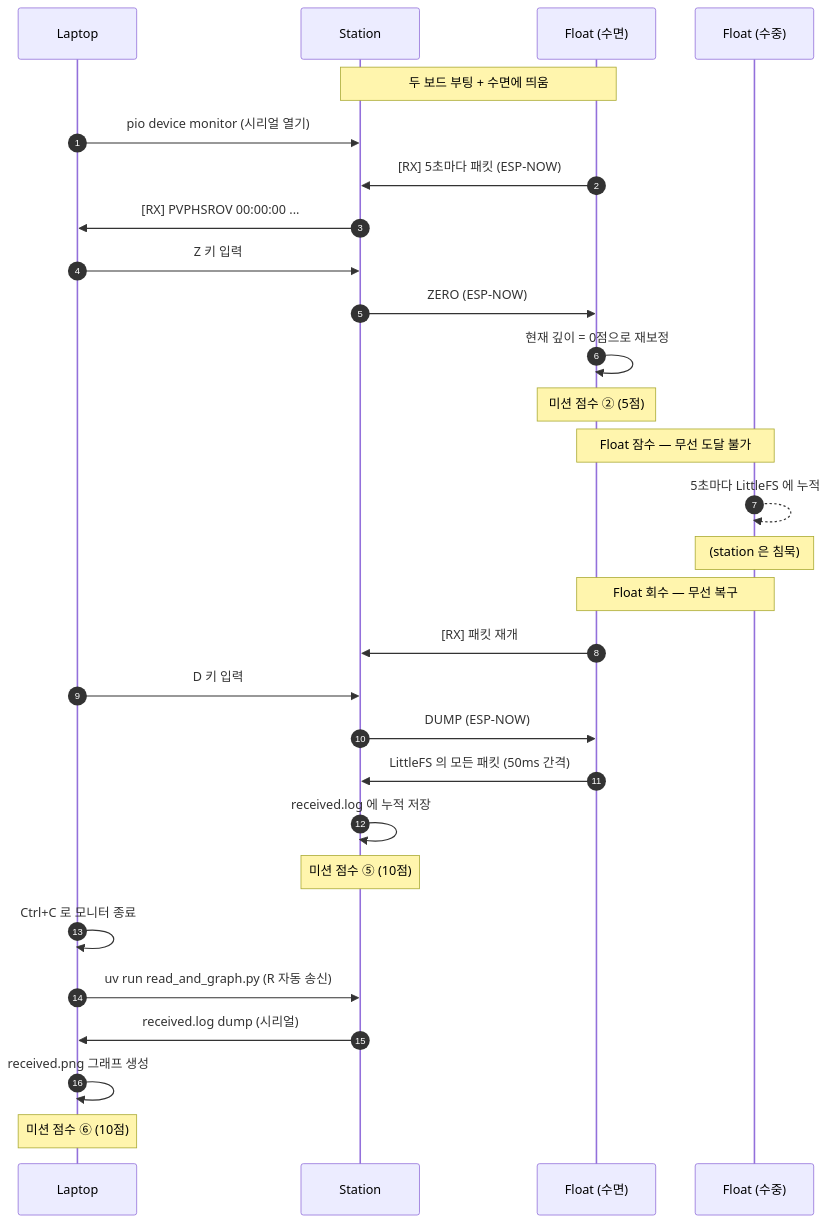
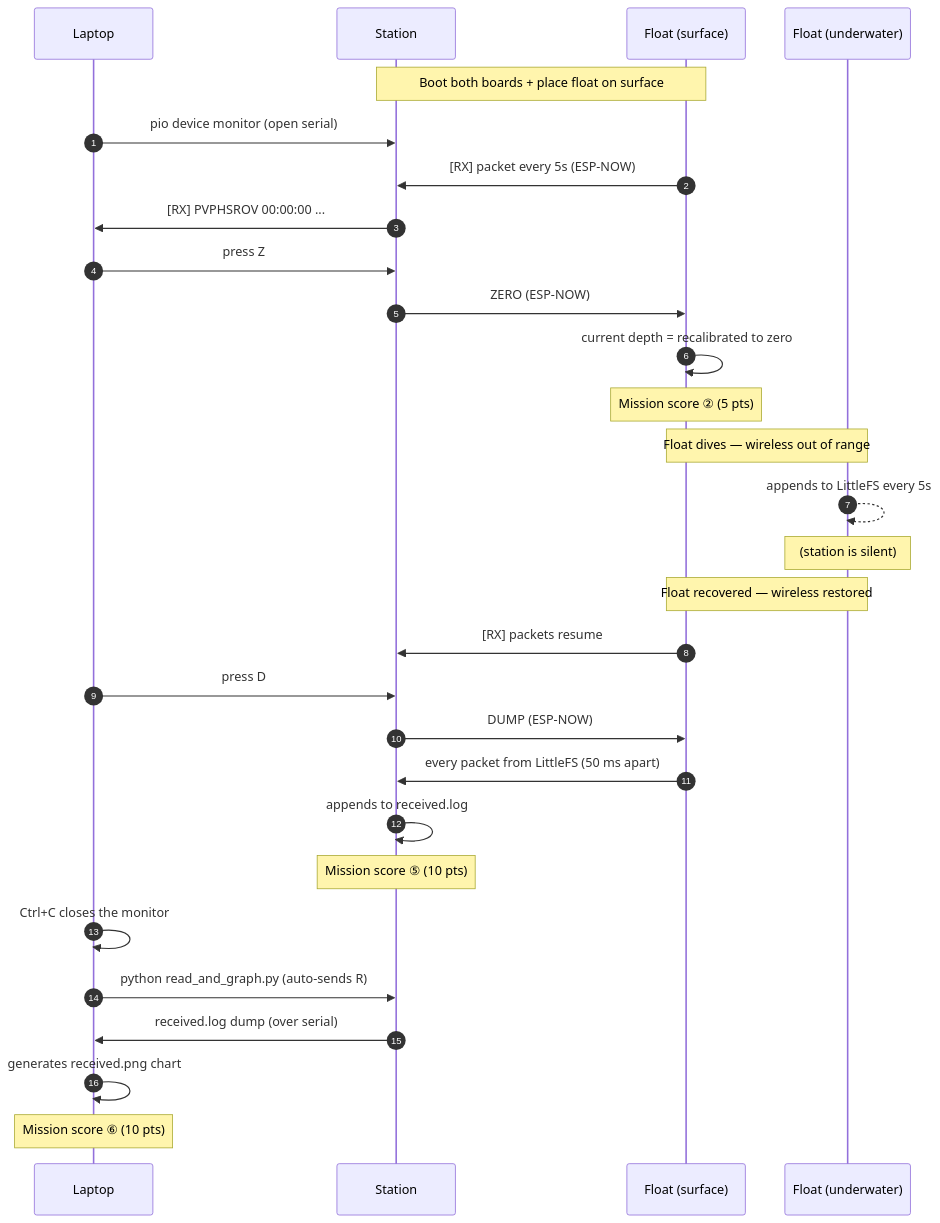
The diagram in README.md (teamsmiley/esp32-s3), drawn with Mermaid before and after one commit. The commit also changed other lines of this file and 9 other files, not shown here.

Commit message:
feat: Add phase 3 elements to mission flow diagram including labels, score badges, and response boxes

````diff
--- a/README.md
+++ b/README.md
@@ -82,37 +83,37 @@
 ```mermaid
 sequenceDiagram
     autonumber
     participant L as Laptop
     participant S as Station
-    participant F as Float (수면)
-    participant W as Float (수중)
+    participant F as Float (surface)
+    participant W as Float (underwater)
 
-    Note over S,F: 두 보드 부팅 + 수면에 띄움
-    L->>S: pio device monitor (시리얼 열기)
-    F->>S: [RX] 5초마다 패킷 (ESP-NOW)
+    Note over S,F: Boot both boards + place float on surface
+    L->>S: pio device monitor (open serial)
+    F->>S: [RX] packet every 5s (ESP-NOW)
     S->>L: [RX] PVPHSROV 00:00:00 ...
 
-    L->>S: Z 키 입력
+    L->>S: press Z
     S->>F: ZERO (ESP-NOW)
-    F->>F: 현재 깊이 = 0점으로 재보정
-    Note over F: 미션 점수 ② (5점)
+    F->>F: current depth = recalibrated to zero
+    Note over F: Mission score ② (5 pts)
 
-    Note over F,W: Float 잠수 — 무선 도달 불가
-    W-->>W: 5초마다 LittleFS 에 누적
-    Note over W: (station 은 침묵)
+    Note over F,W: Float dives — wireless out of range
+    W-->>W: appends to LittleFS every 5s
+    Note over W: (station is silent)
 
-    Note over W,F: Float 회수 — 무선 복구
-    F->>S: [RX] 패킷 재개
+    Note over W,F: Float recovered — wireless restored
+    F->>S: [RX] packets resume
 
-    L->>S: D 키 입력
+    L->>S: press D
     S->>F: DUMP (ESP-NOW)
-    F->>S: LittleFS 의 모든 패킷 (50ms 간격)
-    S->>S: received.log 에 누적 저장
-    Note over S: 미션 점수 ⑤ (10점)
+    F->>S: every packet from LittleFS (50 ms apart)
+    S->>S: appends to received.log
+    Note over S: Mission score ⑤ (10 pts)
 
-    L->>L: Ctrl+C 로 모니터 종료
-    L->>S: uv run read_and_graph.py (R 자동 송신)
-    S->>L: received.log dump (시리얼)
-    L->>L: received.png 그래프 생성
-    Note over L: 미션 점수 ⑥ (10점)
+    L->>L: Ctrl+C closes the monitor
+    L->>S: python read_and_graph.py (auto-sends R)
+    S->>L: received.log dump (over serial)
+    L->>L: generates received.png chart
+    Note over L: Mission score ⑥ (10 pts)
 ```
````
